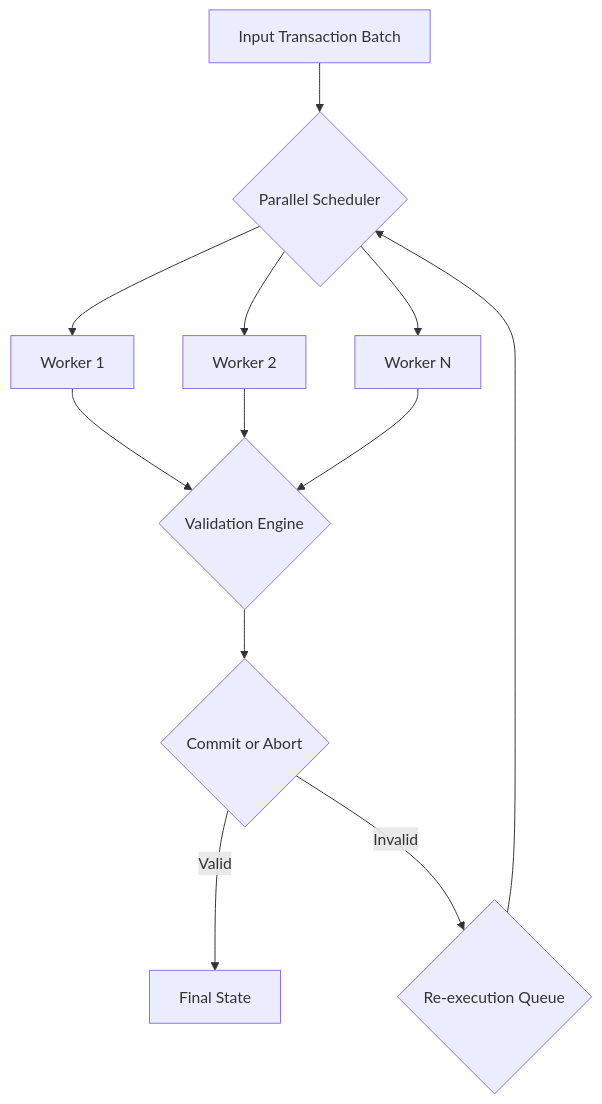
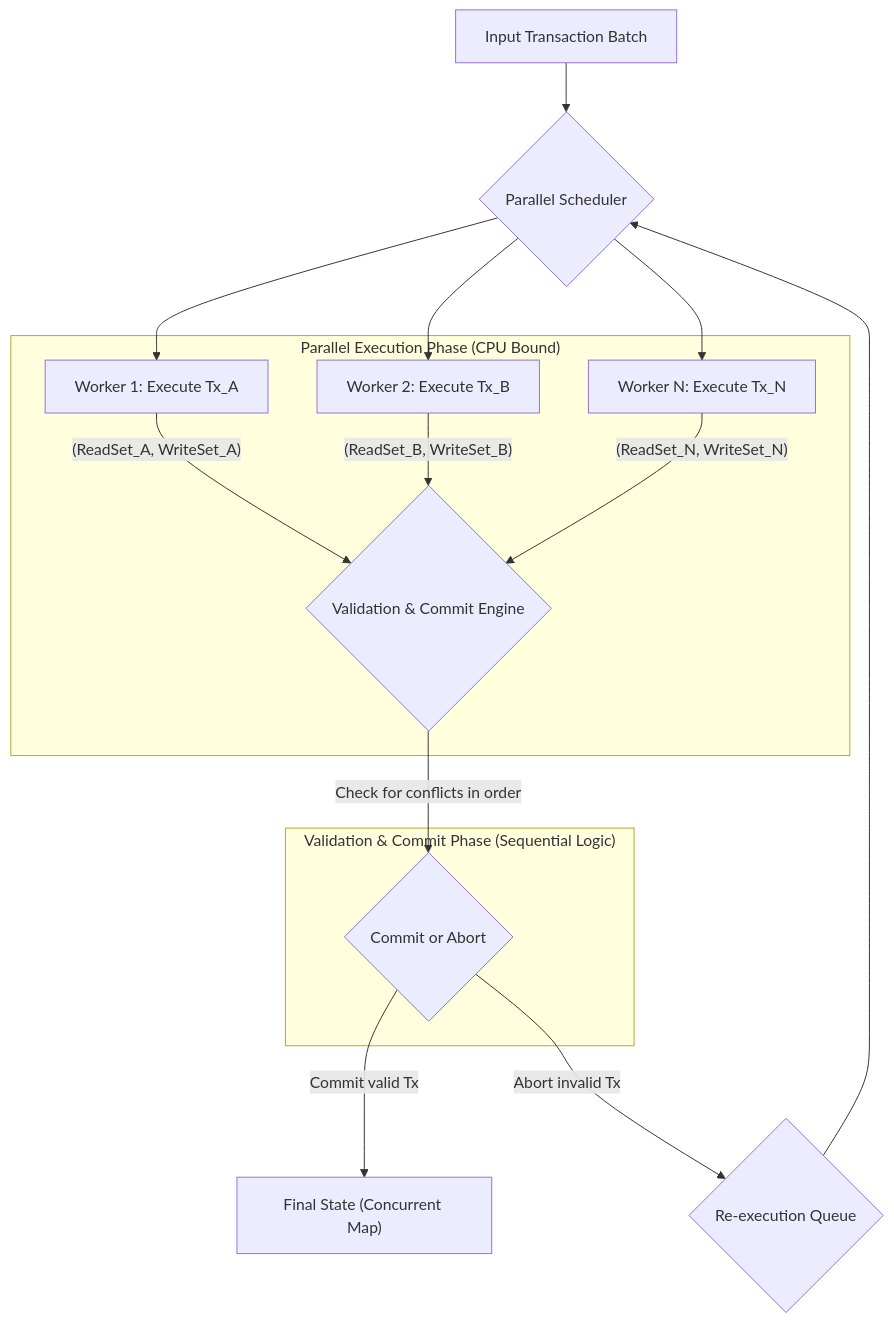
Before and after one commit to melatron/eth-transaction-validator: the diagram in 1_PARALLEL_EVM_PROCESSING.md, drawn with Mermaid. The commit also changed other lines of this file, not shown here.

Commit message:
Include state versioning for the validation algorithm

````diff
--- a/1_PARALLEL_EVM_PROCESSING.md
+++ b/1_PARALLEL_EVM_PROCESSING.md
@@ -36,16 +49,21 @@
 ```mermaid
 graph TD
-    InputBatch[Input Transaction Batch] --> Scheduler{Parallel Scheduler};
-    Scheduler --> Worker1[Worker 1];
-    Scheduler --> Worker2[Worker 2];
-    Scheduler --> WorkerN[Worker N];
+    A[Input Transaction Batch] --> B{Parallel Scheduler};
+    B --> C1[Worker 1: Execute Tx_A];
+    B --> C2[Worker 2: Execute Tx_B];
+    B --> C3[Worker N: Execute Tx_N];
 
-    Worker1 --> ValidationEngine{Validation Engine};
-    Worker2 --> ValidationEngine;
-    WorkerN --> ValidationEngine;
+    subgraph "Parallel Execution Phase (CPU Bound)"
+        C1 -- "(ReadSet_A, WriteSet_A)" --> D{Validation & Commit Engine};
+        C2 -- "(ReadSet_B, WriteSet_B)" --> D;
+        C3 -- "(ReadSet_N, WriteSet_N)" --> D;
+    end
 
-    ValidationEngine --> CommitAbort{Commit or Abort};
-    CommitAbort -- "Valid" --> FinalState["Final State"];
-    CommitAbort -- "Invalid" --> ReExecutionQueue{Re-execution Queue};
-    ReExecutionQueue --> Scheduler;
+    subgraph "Validation & Commit Phase (Sequential Logic)"
+        D -- "Check for conflicts in order" --> E{Commit or Abort};
+    end
+
+    E -- "Commit valid Tx" --> F["Final State (Concurrent Map)"];
+    E -- "Abort invalid Tx" --> G{Re-execution Queue};
+    G --> B;
 ```
````
